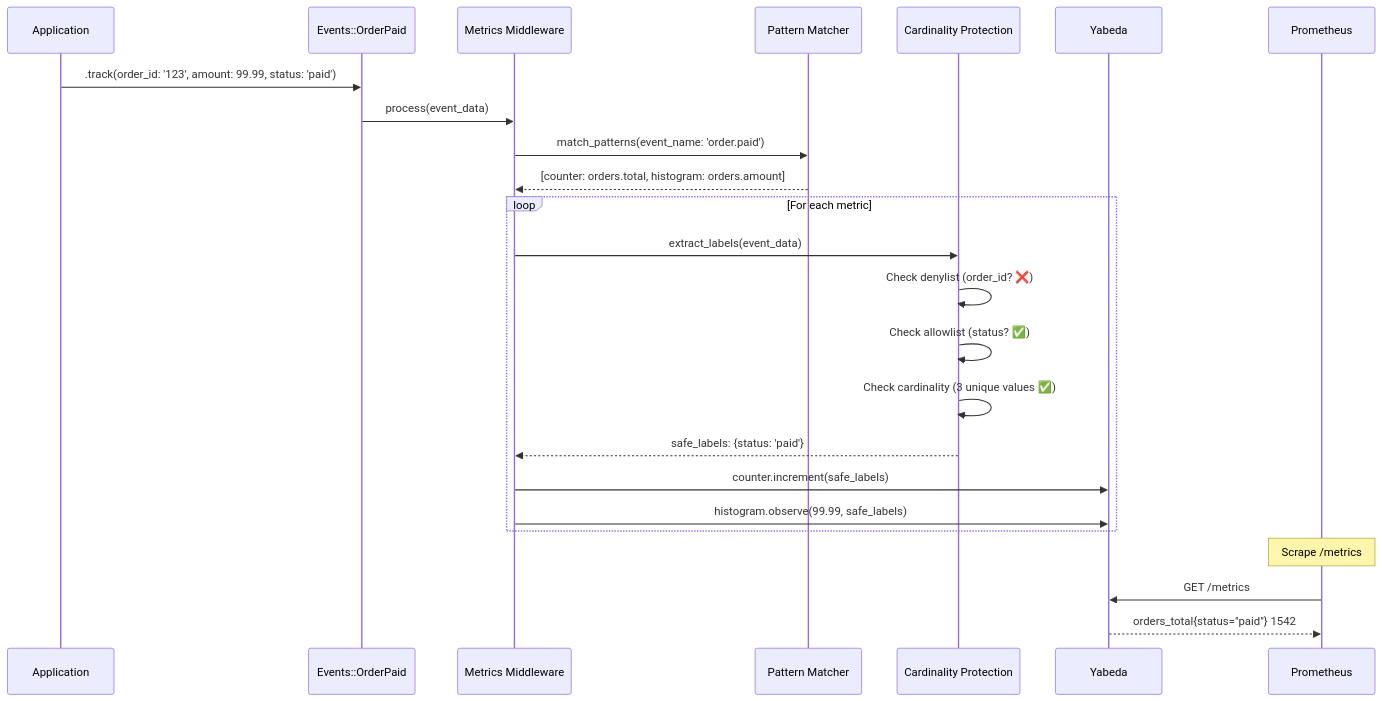
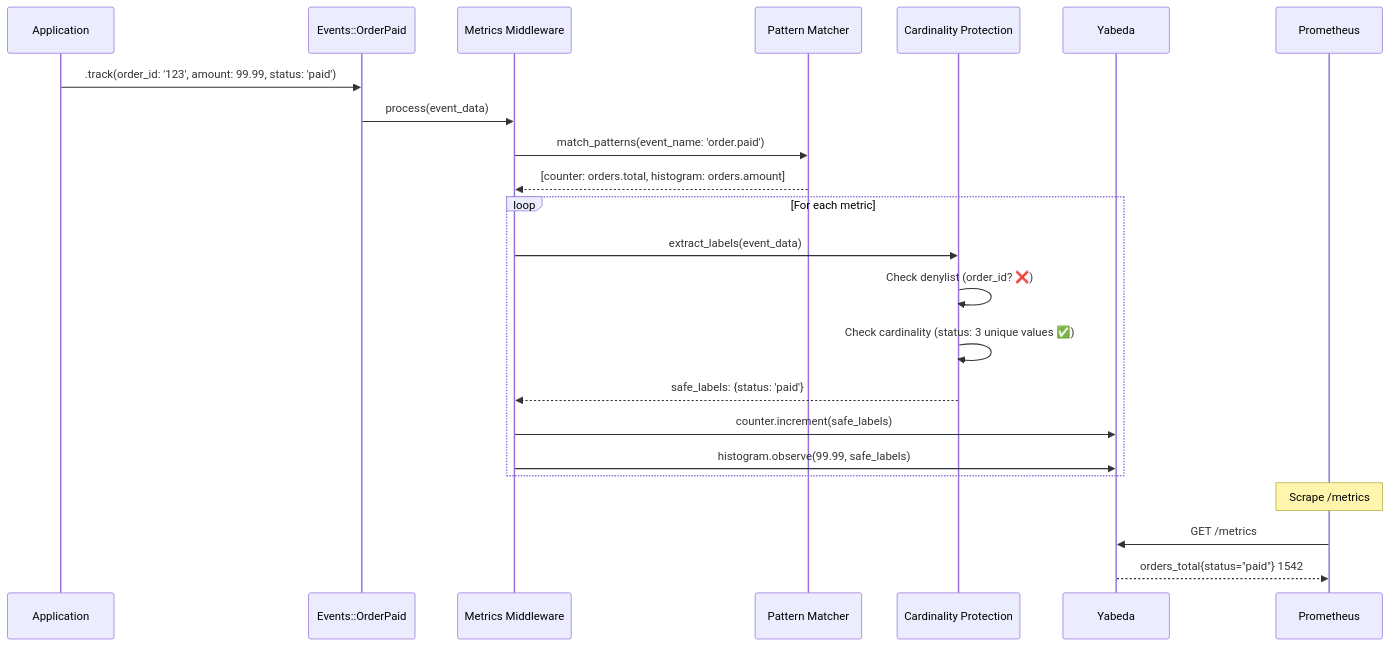
One commit to arturseletskiy/e11y changed the third of 7 diagrams in docs/ADR-002-metrics-yabeda.md. Above: the diagram before and after it, drawn with Mermaid. The commit also changed other lines of this file and 230 other files, not shown here.

````diff
--- a/docs/ADR-002-metrics-yabeda.md
+++ b/docs/ADR-002-metrics-yabeda.md
@@ -339,31 +338,30 @@
 ```mermaid
 sequenceDiagram
     participant App as Application
     participant Event as Events::OrderPaid
     participant Middleware as Metrics Middleware
     participant Matcher as Pattern Matcher
     participant Protection as Cardinality Protection
     participant Yabeda as Yabeda
     participant Prom as Prometheus
     
     App->>Event: .track(order_id: '123', amount: 99.99, status: 'paid')
     Event->>Middleware: process(event_data)
     
     Middleware->>Matcher: match_patterns(event_name: 'order.paid')
     Matcher-->>Middleware: [counter: orders.total, histogram: orders.amount]
     
     loop For each metric
         Middleware->>Protection: extract_labels(event_data)
         Protection->>Protection: Check denylist (order_id? ❌)
-        Protection->>Protection: Check allowlist (status? ✅)
-        Protection->>Protection: Check cardinality (3 unique values ✅)
+        Protection->>Protection: Check cardinality (status: 3 unique values ✅)
         Protection-->>Middleware: safe_labels: {status: 'paid'}
         
         Middleware->>Yabeda: counter.increment(safe_labels)
         Middleware->>Yabeda: histogram.observe(99.99, safe_labels)
     end
     
     Note over Prom: Scrape /metrics
     Prom->>Yabeda: GET /metrics
     Yabeda-->>Prom: orders_total{status="paid"} 1542
 ```
````
